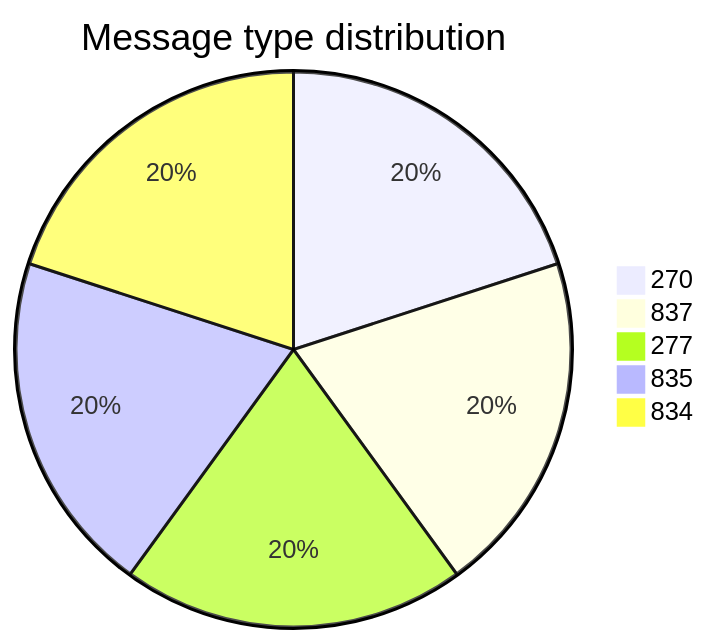
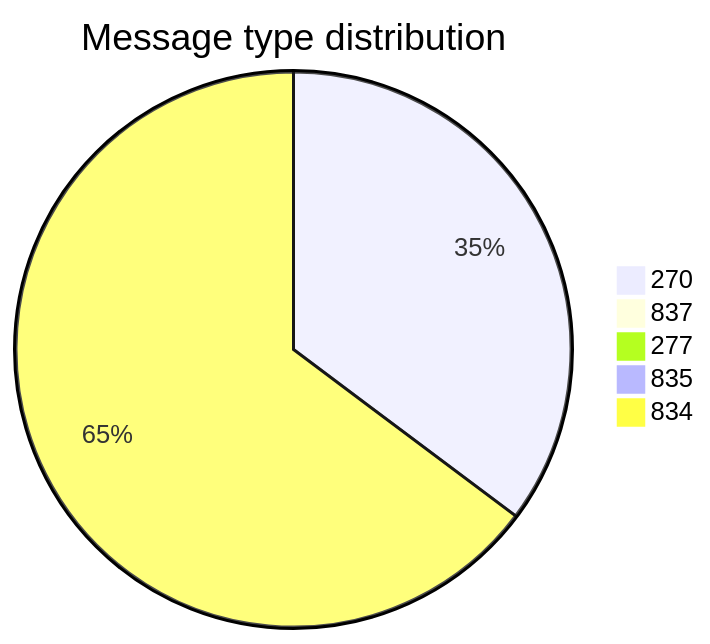
One commit to dhagan-va/intern-2025 changed the second of 11 diagrams in test-tools/DataGen/src/Statistics_Visualizer.md. Above: the diagram before and after it, drawn with Mermaid. The commit also changed other lines of this file and 4 other files, not shown here.

````diff
--- a/test-tools/DataGen/src/Statistics_Visualizer.md
+++ b/test-tools/DataGen/src/Statistics_Visualizer.md
@@ -28,8 +28,8 @@
 ```mermaid
 pie title Message type distribution
-    "270" : 8220
-    "837" : 8220
-    "277" : 8220
-    "835" : 8220
+    "270" : 4472
+    "837" : 0
+    "277" : 0
+    "835" : 0
     "834" : 8220
 ```
````
